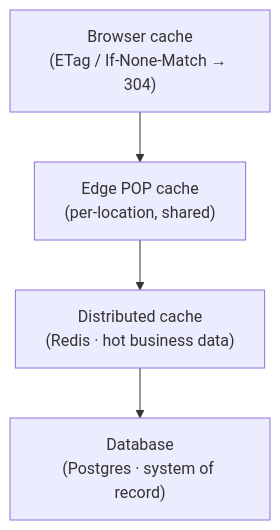
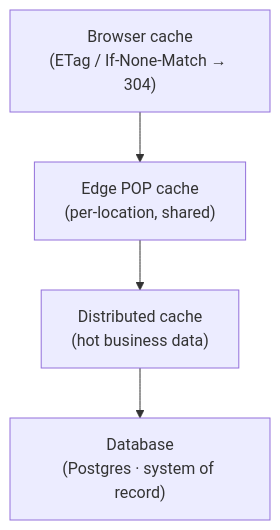
Before and after one commit to TyBrite/docs: the diagram in how-gc-works/caching.mdx, drawn with Mermaid. The commit also changed 10 other files, not shown here.

````diff
--- a/how-gc-works/caching.mdx
+++ b/how-gc-works/caching.mdx
@@ -13,6 +13,6 @@
 ```mermaid
 graph TD
     A["Browser cache<br/>(ETag / If-None-Match → 304)"] --> B["Edge POP cache<br/>(per-location, shared)"]
-    B --> C["Distributed cache<br/>(Redis · hot business data)"]
+    B --> C["Distributed cache<br/>(hot business data)"]
     C --> D["Database<br/>(Postgres · system of record)"]
 ```
````
